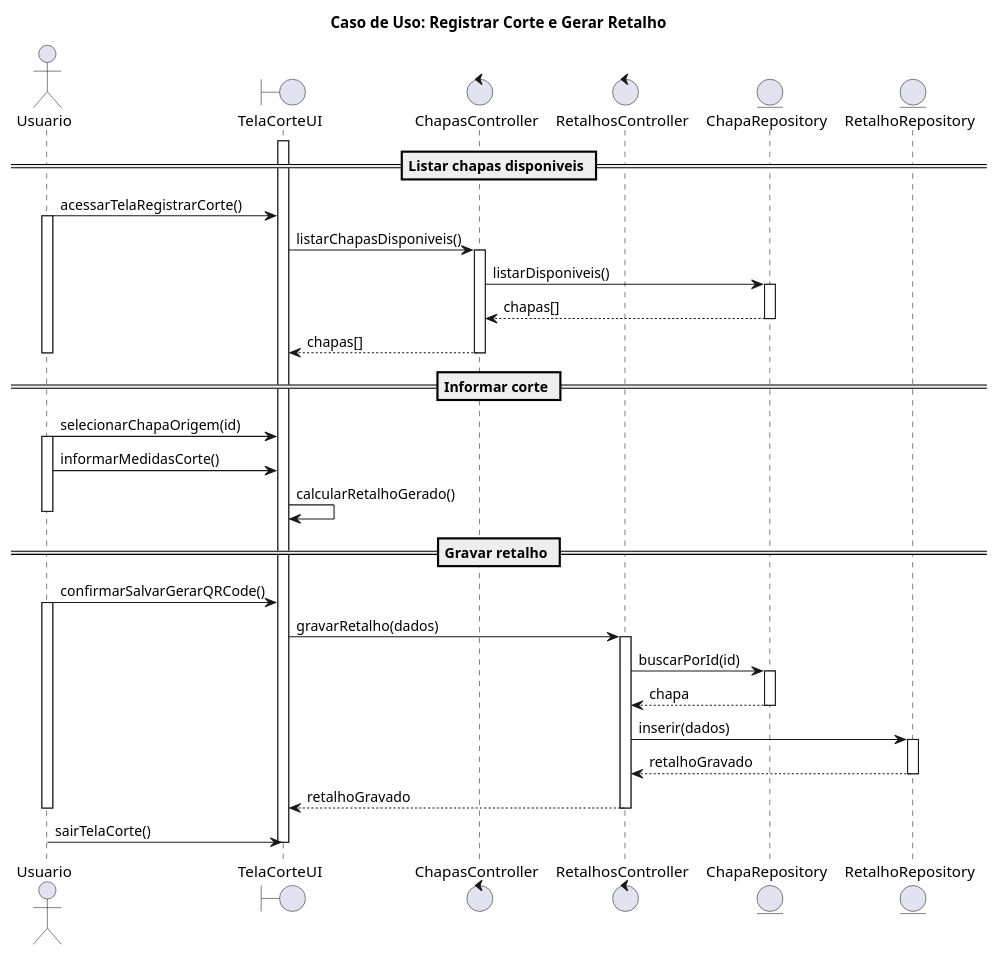
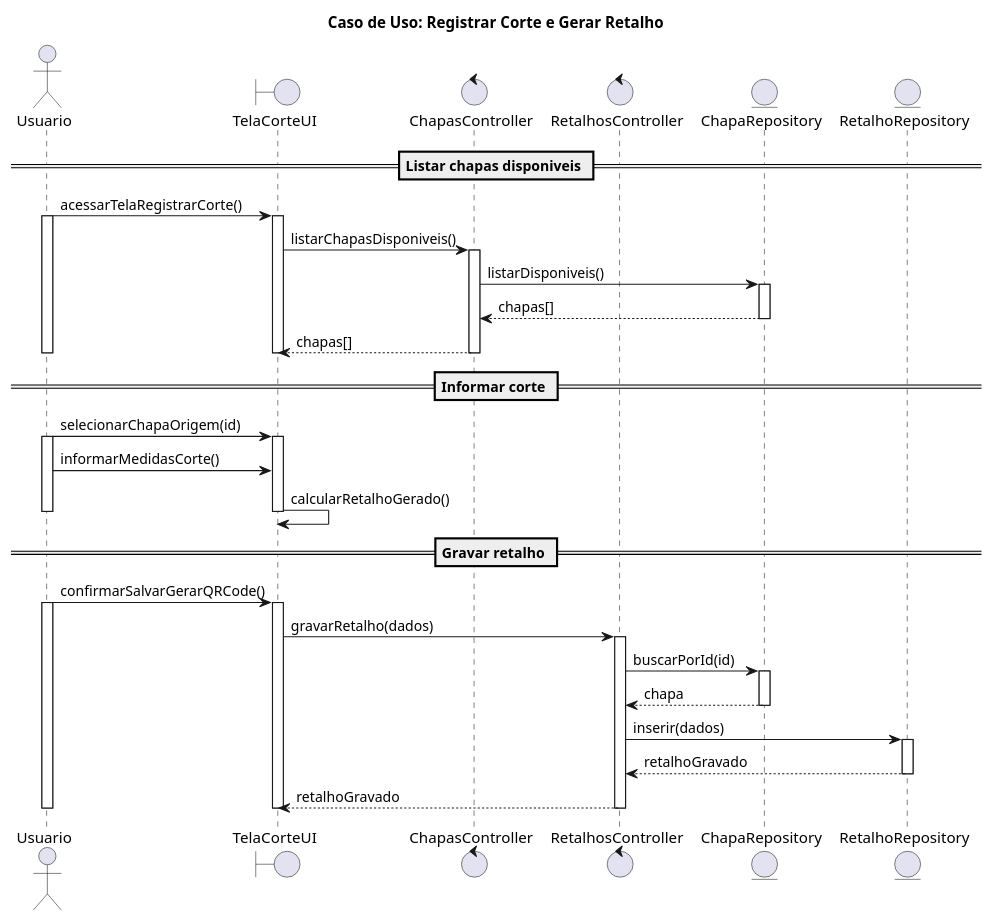
Before and after one commit to WlFerrari/TetusManager: the second of 2 diagrams in DIAGRAMAS_SEQUENCIA_PROFESSOR.md, drawn with PlantUML. The commit also changed other lines of this file and 21 other files, not shown here.

````diff
--- a/DIAGRAMAS_SEQUENCIA_PROFESSOR.md
+++ b/DIAGRAMAS_SEQUENCIA_PROFESSOR.md
@@ -79,48 +86,51 @@
 ```plantuml
 @startuml
 title Caso de Uso: Registrar Corte e Gerar Retalho
 actor Usuario
 boundary UI as "TelaCorteUI"
 control ChapasCtrl as "ChapasController"
 control RetalhosCtrl as "RetalhosController"
 entity ChapaRepo as "ChapaRepository"
 entity RetalhoRepo as "RetalhoRepository"
+== Listar chapas disponiveis ==
+ Usuario -> UI: acessarTelaRegistrarCorte()
+ activate Usuario
 activate UI
-== Listar chapas disponiveis ==
-Usuario -> UI: acessarTelaRegistrarCorte()
-activate Usuario
-UI -> ChapasCtrl: listarChapasDisponiveis()
-activate ChapasCtrl
+ UI -> ChapasCtrl: listarChapasDisponiveis()
+ activate ChapasCtrl
 ChapasCtrl -> ChapaRepo: listarDisponiveis()
 activate ChapaRepo
 ChapaRepo --> ChapasCtrl: chapas[]
 deactivate ChapaRepo
 ChapasCtrl --> UI: chapas[]
 deactivate ChapasCtrl
-deactivate Usuario
-== Informar corte ==
-Usuario -> UI: selecionarChapaOrigem(id)
-activate Usuario
-Usuario -> UI: informarMedidasCorte()
-UI -> UI: calcularRetalhoGerado()
-deactivate Usuario
-== Gravar retalho ==
-Usuario -> UI: confirmarSalvarGerarQRCode()
-activate Usuario
-UI -> RetalhosCtrl: gravarRetalho(dados)
-activate RetalhosCtrl
+deactivate UI
+ deactivate Usuario
+ == Informar corte ==
+ Usuario -> UI: selecionarChapaOrigem(id)
+ activate Usuario
+activate UI
+ Usuario -> UI: informarMedidasCorte()
+ UI -> UI: calcularRetalhoGerado()
+deactivate UI
+ deactivate Usuario
+ == Gravar retalho ==
+ Usuario -> UI: confirmarSalvarGerarQRCode()
+ activate Usuario
+activate UI
+ UI -> RetalhosCtrl: gravarRetalho(dados)
+ activate RetalhosCtrl
 RetalhosCtrl -> ChapaRepo: buscarPorId(id)
 activate ChapaRepo
 ChapaRepo --> RetalhosCtrl: chapa
 deactivate ChapaRepo
 RetalhosCtrl -> RetalhoRepo: inserir(dados)
 activate RetalhoRepo
 RetalhoRepo --> RetalhosCtrl: retalhoGravado
 deactivate RetalhoRepo
 RetalhosCtrl --> UI: retalhoGravado
 deactivate RetalhosCtrl
-deactivate Usuario
-Usuario -> UI: sairTelaCorte()
 deactivate UI
-@enduml
+ deactivate Usuario
+ @enduml
 ```
````
